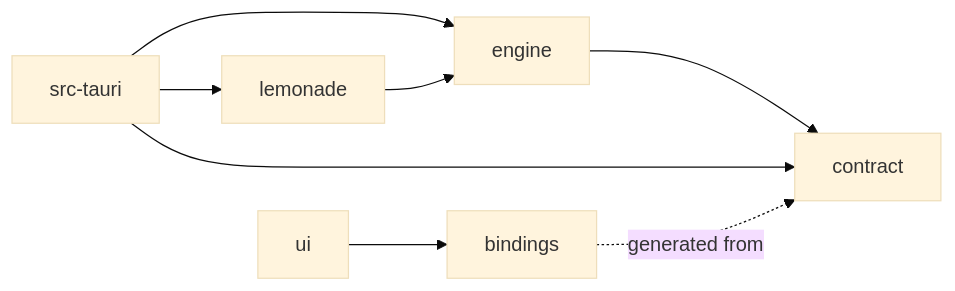
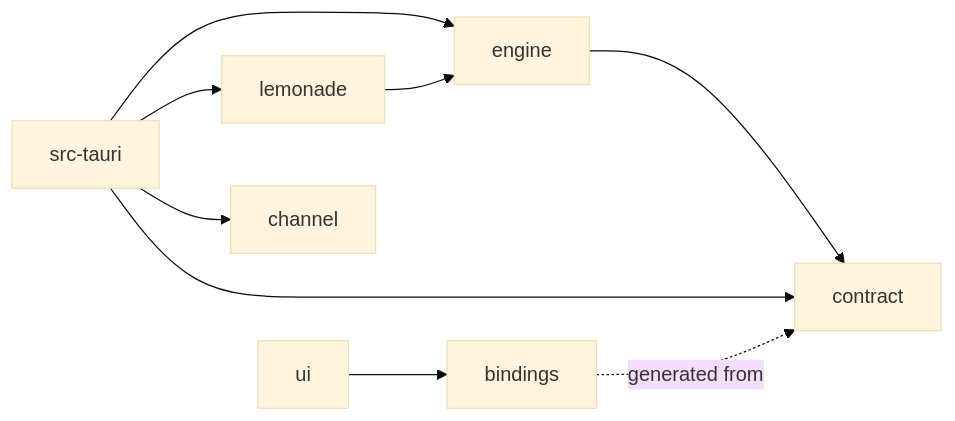
Before and after one commit to agync/nocturne: the diagram in docs/architecture/layout.md, drawn with Mermaid (base theme). The commit also changed other lines of this file and 23 other files, not shown here.

````diff
--- a/docs/architecture/layout.md
+++ b/docs/architecture/layout.md
@@ -25,10 +26,11 @@
 ```mermaid
 flowchart LR
     UI[ui] --> B[bindings]
     APP[src-tauri] --> ENG[engine]
     APP --> LEM[lemonade]
     LEM --> ENG
     ENG --> C[contract]
     APP --> C
+    APP --> CH[channel]
     B -. generated from .-> C
 ```
````
